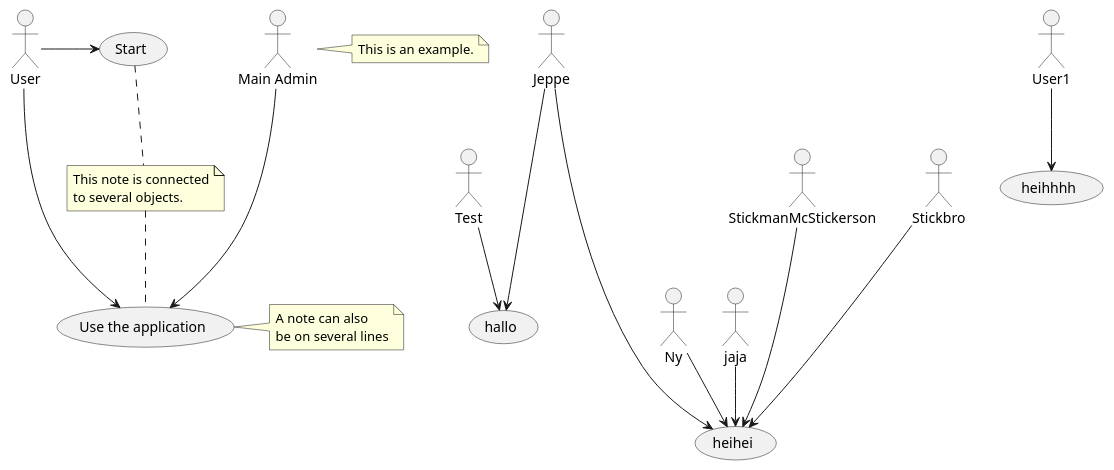
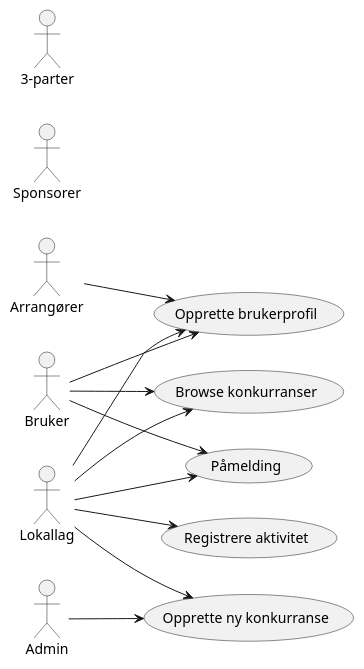
The diagram in usecase.puml (SetGruppe6/diagrammer), drawn with PlantUML before and after one commit.

```diff
--- a/usecase.puml
+++ b/usecase.puml
@@ -1,33 +1,34 @@
 @startuml
-:Main Admin: as Admin
-(Use the application) as (Use)
+left to right direction
+:Bruker: as Bruker
+:Lokallag: as Lokal
+:Arrangører: as Arrangører
+:Sponsorer: as Sponsorer
+:3-parter: as Tredje
+:Admin: as Admin
 
-User -> (Start)
-User --> (Use)
-
-Admin ---> (Use)
-
-Test-->(hallo)
-Ny--> (heihei)
-Jeppe---> (hallo)
-Jeppe---->(heihei)
-jaja -->(heihei)
-
-User1 --> (heihhhh)
-
-StickmanMcStickerson ---> (heihei)
-Stickbro ---> (heihei)
+(Registrere aktivitet) as (RegAktivitet)
+(Påmelding) as (Påmelding)
+(Opprette brukerprofil) as (Opprette)
+(Opprette ny konkurranse) as (NyKonk)
+(Browse konkurranser) as (Browse)
 
 
 
-note right of Admin : This is an example.
+Bruker -> (Opprette)
+Bruker --> (Browse)
+Bruker --> (Påmelding)
 
-note right of (Use)
-A note can also
-be on several lines
-end note
+Admin --> (NyKonk)
 
-note "This note is connected\nto several objects." as N2
-(Start) .. N2
-N2 .. (Use)
+Lokal --> (Opprette)
+Lokal --> (Browse)
+Lokal --> (Påmelding)
+Lokal --> (RegAktivitet)
+Lokal --> (NyKonk)
+
+Arrangører --> (Opprette)
+
+
+
 @enduml
```
